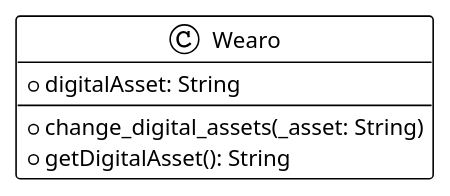
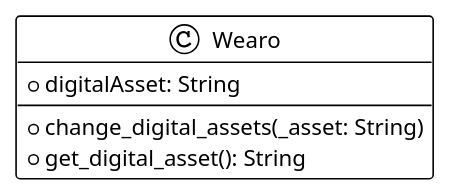
The second of 3 diagrams in book/src/sketch.md (FrankBevr/100-Ideas), drawn with PlantUML before and after one commit.

Commit message:
:zap: (book) update sketch.md

````diff
--- a/book/src/sketch.md
+++ b/book/src/sketch.md
@@ -68,10 +68,10 @@
 ```plantuml
 @startuml
 !theme plain
 class Wearo {
 + digitalAsset: String
 + change_digital_assets(_asset: String)
-+ getDigitalAsset(): String
++ get_digital_asset(): String
 }
 @enduml
 ```
````
